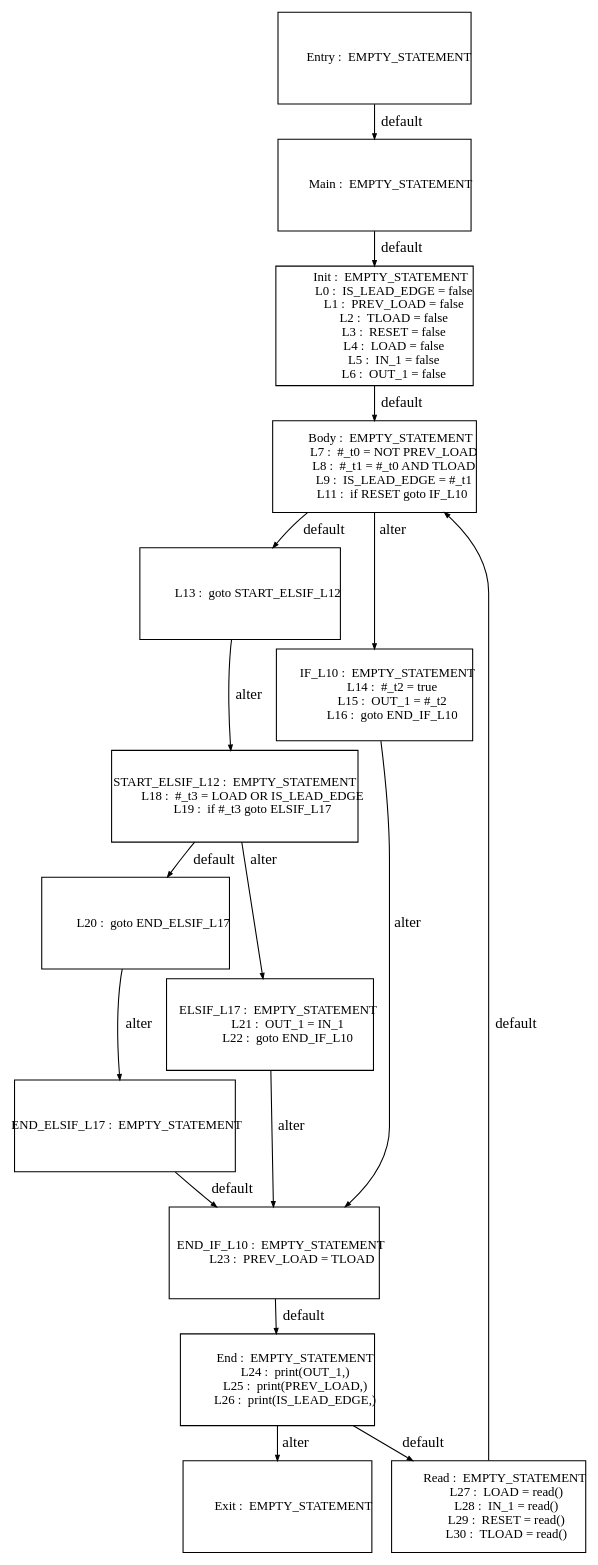
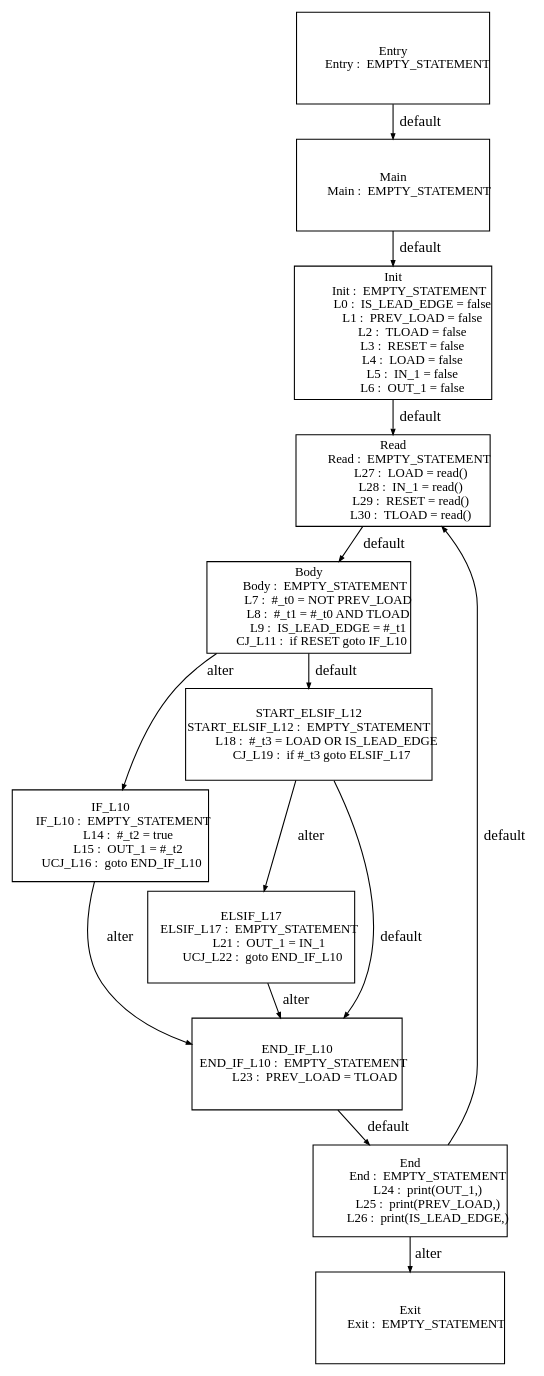
The diagram in tests_programs/paper1_tests/01_UPPAAL_LLATCH1_I_output/Graph_origin_0.dot (Geoffrey1014/ST_DSE), drawn with Graphviz before and after one commit. The commit also changed 172 other files, not shown here.

```diff
--- a/tests_programs/paper1_tests/01_UPPAAL_LLATCH1_I_output/Graph_origin_0.dot
+++ b/tests_programs/paper1_tests/01_UPPAAL_LLATCH1_I_output/Graph_origin_0.dot
@@ -1,162 +1,187 @@
 digraph G {
   ranksep=.25;
   edge [arrowsize=.5]
   node [shape=rectangle, fontname="ArialNarrow",
         fontsize=12,  height=1.2];
-  "           Main :  EMPTY_STATEMENT
-"; "           Init :  EMPTY_STATEMENT
+  "Read
+           Read :  EMPTY_STATEMENT
+            L27 :  LOAD = read()
+            L28 :  IN_1 = read()
+            L29 :  RESET = read()
+            L30 :  TLOAD = read()
+"; "Body
+           Body :  EMPTY_STATEMENT
+             L7 :  #_t0 = NOT PREV_LOAD
+             L8 :  #_t1 = #_t0 AND TLOAD
+             L9 :  IS_LEAD_EDGE = #_t1
+         CJ_L11 :  if RESET goto IF_L10
+"; "Init
+           Init :  EMPTY_STATEMENT
              L0 :  IS_LEAD_EDGE = false
              L1 :  PREV_LOAD = false
              L2 :  TLOAD = false
              L3 :  RESET = false
              L4 :  LOAD = false
              L5 :  IN_1 = false
              L6 :  OUT_1 = false
-"; "           Body :  EMPTY_STATEMENT
-             L7 :  #_t0 = NOT PREV_LOAD
-             L8 :  #_t1 = #_t0 AND TLOAD
-             L9 :  IS_LEAD_EDGE = #_t1
-            L11 :  if RESET goto IF_L10
-"; "            L13 :  goto START_ELSIF_L12
-"; "         IF_L10 :  EMPTY_STATEMENT
+"; "IF_L10
+         IF_L10 :  EMPTY_STATEMENT
             L14 :  #_t2 = true
             L15 :  OUT_1 = #_t2
-            L16 :  goto END_IF_L10
-"; "START_ELSIF_L12 :  EMPTY_STATEMENT
-            L18 :  #_t3 = LOAD OR IS_LEAD_EDGE
-            L19 :  if #_t3 goto ELSIF_L17
-"; "            L20 :  goto END_ELSIF_L17
-"; "      ELSIF_L17 :  EMPTY_STATEMENT
+        UCJ_L16 :  goto END_IF_L10
+"; "ELSIF_L17
+      ELSIF_L17 :  EMPTY_STATEMENT
             L21 :  OUT_1 = IN_1
-            L22 :  goto END_IF_L10
-"; "  END_ELSIF_L17 :  EMPTY_STATEMENT
-"; "     END_IF_L10 :  EMPTY_STATEMENT
-            L23 :  PREV_LOAD = TLOAD
-"; "          Entry :  EMPTY_STATEMENT
-"; "            End :  EMPTY_STATEMENT
+        UCJ_L22 :  goto END_IF_L10
+"; "Entry
+          Entry :  EMPTY_STATEMENT
+"; "End
+            End :  EMPTY_STATEMENT
             L24 :  print(OUT_1,)
             L25 :  print(PREV_LOAD,)
             L26 :  print(IS_LEAD_EDGE,)
-"; "           Exit :  EMPTY_STATEMENT
-"; "           Read :  EMPTY_STATEMENT
-            L27 :  LOAD = read()
-            L28 :  IN_1 = read()
-            L29 :  RESET = read()
-            L30 :  TLOAD = read()
+"; "Exit
+           Exit :  EMPTY_STATEMENT
+"; "Main
+           Main :  EMPTY_STATEMENT
+"; "START_ELSIF_L12
+START_ELSIF_L12 :  EMPTY_STATEMENT
+            L18 :  #_t3 = LOAD OR IS_LEAD_EDGE
+         CJ_L19 :  if #_t3 goto ELSIF_L17
+"; "END_IF_L10
+     END_IF_L10 :  EMPTY_STATEMENT
+            L23 :  PREV_LOAD = TLOAD
 "; 
-  "           Main :  EMPTY_STATEMENT
-" -> "           Init :  EMPTY_STATEMENT
+  "Main
+           Main :  EMPTY_STATEMENT
+" -> "Init
+           Init :  EMPTY_STATEMENT
              L0 :  IS_LEAD_EDGE = false
              L1 :  PREV_LOAD = false
              L2 :  TLOAD = false
              L3 :  RESET = false
              L4 :  LOAD = false
              L5 :  IN_1 = false
              L6 :  OUT_1 = false
 "  [label="default"];
-  "           Init :  EMPTY_STATEMENT
+  "Init
+           Init :  EMPTY_STATEMENT
              L0 :  IS_LEAD_EDGE = false
              L1 :  PREV_LOAD = false
              L2 :  TLOAD = false
              L3 :  RESET = false
              L4 :  LOAD = false
              L5 :  IN_1 = false
              L6 :  OUT_1 = false
-" -> "           Body :  EMPTY_STATEMENT
-             L7 :  #_t0 = NOT PREV_LOAD
-             L8 :  #_t1 = #_t0 AND TLOAD
-             L9 :  IS_LEAD_EDGE = #_t1
-            L11 :  if RESET goto IF_L10
-"  [label="default"];
-  "           Body :  EMPTY_STATEMENT
-             L7 :  #_t0 = NOT PREV_LOAD
-             L8 :  #_t1 = #_t0 AND TLOAD
-             L9 :  IS_LEAD_EDGE = #_t1
-            L11 :  if RESET goto IF_L10
-" -> "            L13 :  goto START_ELSIF_L12
-"  [label="default"];
-  "           Body :  EMPTY_STATEMENT
-             L7 :  #_t0 = NOT PREV_LOAD
-             L8 :  #_t1 = #_t0 AND TLOAD
-             L9 :  IS_LEAD_EDGE = #_t1
-            L11 :  if RESET goto IF_L10
-" -> "         IF_L10 :  EMPTY_STATEMENT
-            L14 :  #_t2 = true
-            L15 :  OUT_1 = #_t2
-            L16 :  goto END_IF_L10
-"  [label="alter"];
-  "            L13 :  goto START_ELSIF_L12
-" -> "START_ELSIF_L12 :  EMPTY_STATEMENT
-            L18 :  #_t3 = LOAD OR IS_LEAD_EDGE
-            L19 :  if #_t3 goto ELSIF_L17
-"  [label="alter"];
-  "         IF_L10 :  EMPTY_STATEMENT
-            L14 :  #_t2 = true
-            L15 :  OUT_1 = #_t2
-            L16 :  goto END_IF_L10
-" -> "     END_IF_L10 :  EMPTY_STATEMENT
-            L23 :  PREV_LOAD = TLOAD
-"  [label="alter"];
-  "START_ELSIF_L12 :  EMPTY_STATEMENT
-            L18 :  #_t3 = LOAD OR IS_LEAD_EDGE
-            L19 :  if #_t3 goto ELSIF_L17
-" -> "            L20 :  goto END_ELSIF_L17
-"  [label="default"];
-  "START_ELSIF_L12 :  EMPTY_STATEMENT
-            L18 :  #_t3 = LOAD OR IS_LEAD_EDGE
-            L19 :  if #_t3 goto ELSIF_L17
-" -> "      ELSIF_L17 :  EMPTY_STATEMENT
-            L21 :  OUT_1 = IN_1
-            L22 :  goto END_IF_L10
-"  [label="alter"];
-  "            L20 :  goto END_ELSIF_L17
-" -> "  END_ELSIF_L17 :  EMPTY_STATEMENT
-"  [label="alter"];
-  "      ELSIF_L17 :  EMPTY_STATEMENT
-            L21 :  OUT_1 = IN_1
-            L22 :  goto END_IF_L10
-" -> "     END_IF_L10 :  EMPTY_STATEMENT
-            L23 :  PREV_LOAD = TLOAD
-"  [label="alter"];
-  "  END_ELSIF_L17 :  EMPTY_STATEMENT
-" -> "     END_IF_L10 :  EMPTY_STATEMENT
-            L23 :  PREV_LOAD = TLOAD
-"  [label="default"];
-  "     END_IF_L10 :  EMPTY_STATEMENT
-            L23 :  PREV_LOAD = TLOAD
-" -> "            End :  EMPTY_STATEMENT
-            L24 :  print(OUT_1,)
-            L25 :  print(PREV_LOAD,)
-            L26 :  print(IS_LEAD_EDGE,)
-"  [label="default"];
-  "          Entry :  EMPTY_STATEMENT
-" -> "           Main :  EMPTY_STATEMENT
-"  [label="default"];
-  "            End :  EMPTY_STATEMENT
-            L24 :  print(OUT_1,)
-            L25 :  print(PREV_LOAD,)
-            L26 :  print(IS_LEAD_EDGE,)
-" -> "           Read :  EMPTY_STATEMENT
+" -> "Read
+           Read :  EMPTY_STATEMENT
             L27 :  LOAD = read()
             L28 :  IN_1 = read()
             L29 :  RESET = read()
             L30 :  TLOAD = read()
 "  [label="default"];
-  "            End :  EMPTY_STATEMENT
+  "Body
+           Body :  EMPTY_STATEMENT
+             L7 :  #_t0 = NOT PREV_LOAD
+             L8 :  #_t1 = #_t0 AND TLOAD
+             L9 :  IS_LEAD_EDGE = #_t1
+         CJ_L11 :  if RESET goto IF_L10
+" -> "START_ELSIF_L12
+START_ELSIF_L12 :  EMPTY_STATEMENT
+            L18 :  #_t3 = LOAD OR IS_LEAD_EDGE
+         CJ_L19 :  if #_t3 goto ELSIF_L17
+"  [label="default"];
+  "Body
+           Body :  EMPTY_STATEMENT
+             L7 :  #_t0 = NOT PREV_LOAD
+             L8 :  #_t1 = #_t0 AND TLOAD
+             L9 :  IS_LEAD_EDGE = #_t1
+         CJ_L11 :  if RESET goto IF_L10
+" -> "IF_L10
+         IF_L10 :  EMPTY_STATEMENT
+            L14 :  #_t2 = true
+            L15 :  OUT_1 = #_t2
+        UCJ_L16 :  goto END_IF_L10
+"  [label="alter"];
+  "IF_L10
+         IF_L10 :  EMPTY_STATEMENT
+            L14 :  #_t2 = true
+            L15 :  OUT_1 = #_t2
+        UCJ_L16 :  goto END_IF_L10
+" -> "END_IF_L10
+     END_IF_L10 :  EMPTY_STATEMENT
+            L23 :  PREV_LOAD = TLOAD
+"  [label="alter"];
+  "START_ELSIF_L12
+START_ELSIF_L12 :  EMPTY_STATEMENT
+            L18 :  #_t3 = LOAD OR IS_LEAD_EDGE
+         CJ_L19 :  if #_t3 goto ELSIF_L17
+" -> "END_IF_L10
+     END_IF_L10 :  EMPTY_STATEMENT
+            L23 :  PREV_LOAD = TLOAD
+"  [label="default"];
+  "START_ELSIF_L12
+START_ELSIF_L12 :  EMPTY_STATEMENT
+            L18 :  #_t3 = LOAD OR IS_LEAD_EDGE
+         CJ_L19 :  if #_t3 goto ELSIF_L17
+" -> "ELSIF_L17
+      ELSIF_L17 :  EMPTY_STATEMENT
+            L21 :  OUT_1 = IN_1
+        UCJ_L22 :  goto END_IF_L10
+"  [label="alter"];
+  "ELSIF_L17
+      ELSIF_L17 :  EMPTY_STATEMENT
+            L21 :  OUT_1 = IN_1
+        UCJ_L22 :  goto END_IF_L10
+" -> "END_IF_L10
+     END_IF_L10 :  EMPTY_STATEMENT
+            L23 :  PREV_LOAD = TLOAD
+"  [label="alter"];
+  "END_IF_L10
+     END_IF_L10 :  EMPTY_STATEMENT
+            L23 :  PREV_LOAD = TLOAD
+" -> "End
+            End :  EMPTY_STATEMENT
             L24 :  print(OUT_1,)
             L25 :  print(PREV_LOAD,)
             L26 :  print(IS_LEAD_EDGE,)
-" -> "           Exit :  EMPTY_STATEMENT
-"  [label="alter"];
-  "           Read :  EMPTY_STATEMENT
+"  [label="default"];
+  "Entry
+          Entry :  EMPTY_STATEMENT
+" -> "Main
+           Main :  EMPTY_STATEMENT
+"  [label="default"];
+  "End
+            End :  EMPTY_STATEMENT
+            L24 :  print(OUT_1,)
+            L25 :  print(PREV_LOAD,)
+            L26 :  print(IS_LEAD_EDGE,)
+" -> "Read
+           Read :  EMPTY_STATEMENT
             L27 :  LOAD = read()
             L28 :  IN_1 = read()
             L29 :  RESET = read()
             L30 :  TLOAD = read()
-" -> "           Body :  EMPTY_STATEMENT
+"  [label="default"];
+  "End
+            End :  EMPTY_STATEMENT
+            L24 :  print(OUT_1,)
+            L25 :  print(PREV_LOAD,)
+            L26 :  print(IS_LEAD_EDGE,)
+" -> "Exit
+           Exit :  EMPTY_STATEMENT
+"  [label="alter"];
+  "Read
+           Read :  EMPTY_STATEMENT
+            L27 :  LOAD = read()
+            L28 :  IN_1 = read()
+            L29 :  RESET = read()
+            L30 :  TLOAD = read()
+" -> "Body
+           Body :  EMPTY_STATEMENT
              L7 :  #_t0 = NOT PREV_LOAD
              L8 :  #_t1 = #_t0 AND TLOAD
              L9 :  IS_LEAD_EDGE = #_t1
-            L11 :  if RESET goto IF_L10
+         CJ_L11 :  if RESET goto IF_L10
 "  [label="default"];
 }
```
